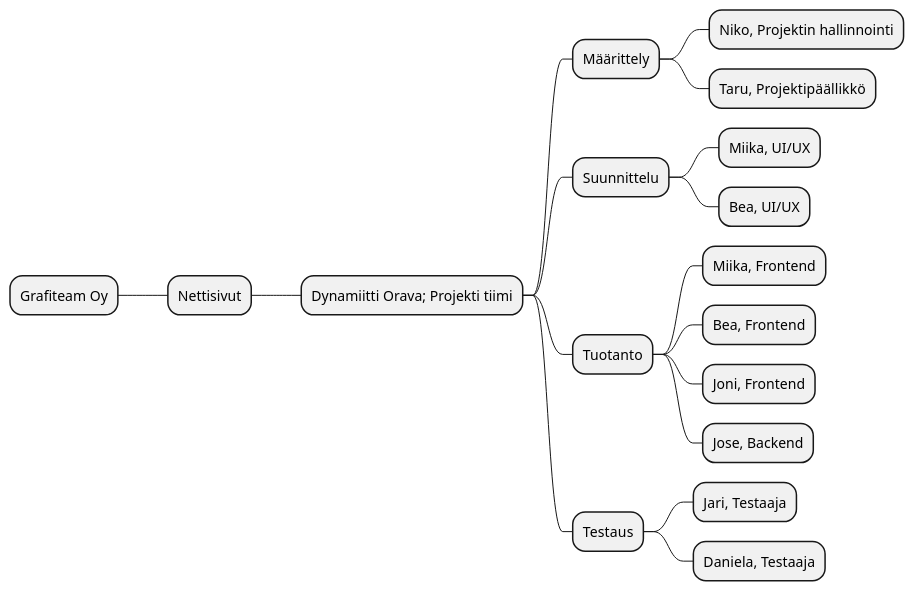
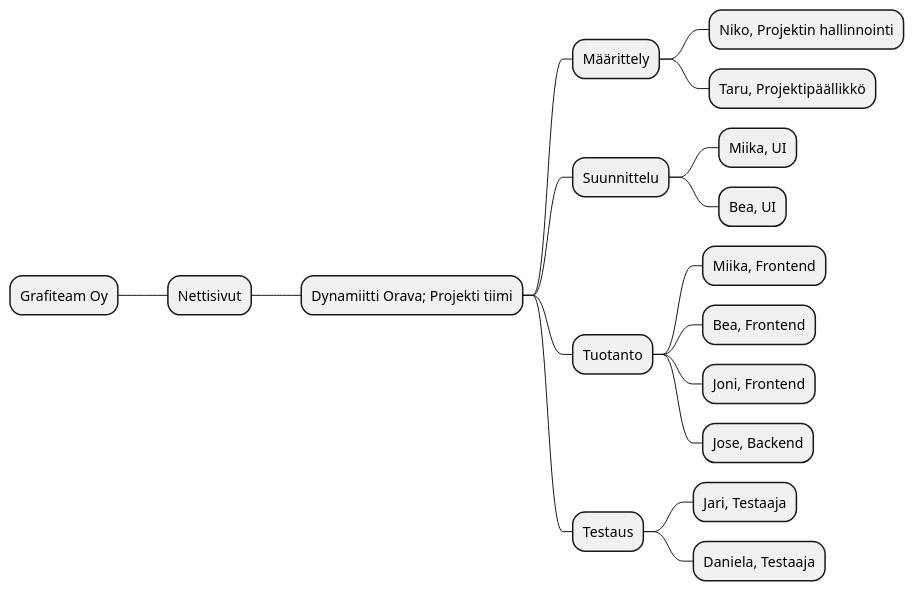
Before and after one commit to M11k4/DynamiittiOrava: the second of 3 diagrams in dokumentit/10-Projektihallinta/tiivistetty-projektisuunnitelma.md, drawn with PlantUML. The commit also changed other lines of this file, not shown here.

Commit message:
Update tiivistetty-projektisuunnitelma.md GANTT muokattu palaverissa sovitulla tavalla, kirjoitusvirheitä korjattu ja UX poistettu

````diff
--- a/dokumentit/10-Projektihallinta/tiivistetty-projektisuunnitelma.md
+++ b/dokumentit/10-Projektihallinta/tiivistetty-projektisuunnitelma.md
@@ -144,22 +144,22 @@
 ```plantuml
 @startmindmap
 * Grafiteam Oy
 ** Nettisivut
 *** Dynamiitti Orava; Projekti tiimi
 **** Määrittely
 ***** Niko, Projektin hallinnointi
 ***** Taru, Projektipäällikkö
 **** Suunnittelu
-***** Miika, UI/UX
-***** Bea, UI/UX
+***** Miika, UI
+***** Bea, UI
 **** Tuotanto
 ***** Miika, Frontend
 ***** Bea, Frontend
 ***** Joni, Frontend
 ***** Jose, Backend
 **** Testaus
 ***** Jari, Testaaja
 ***** Daniela, Testaaja
 
 @endmindmap
 ```
````
